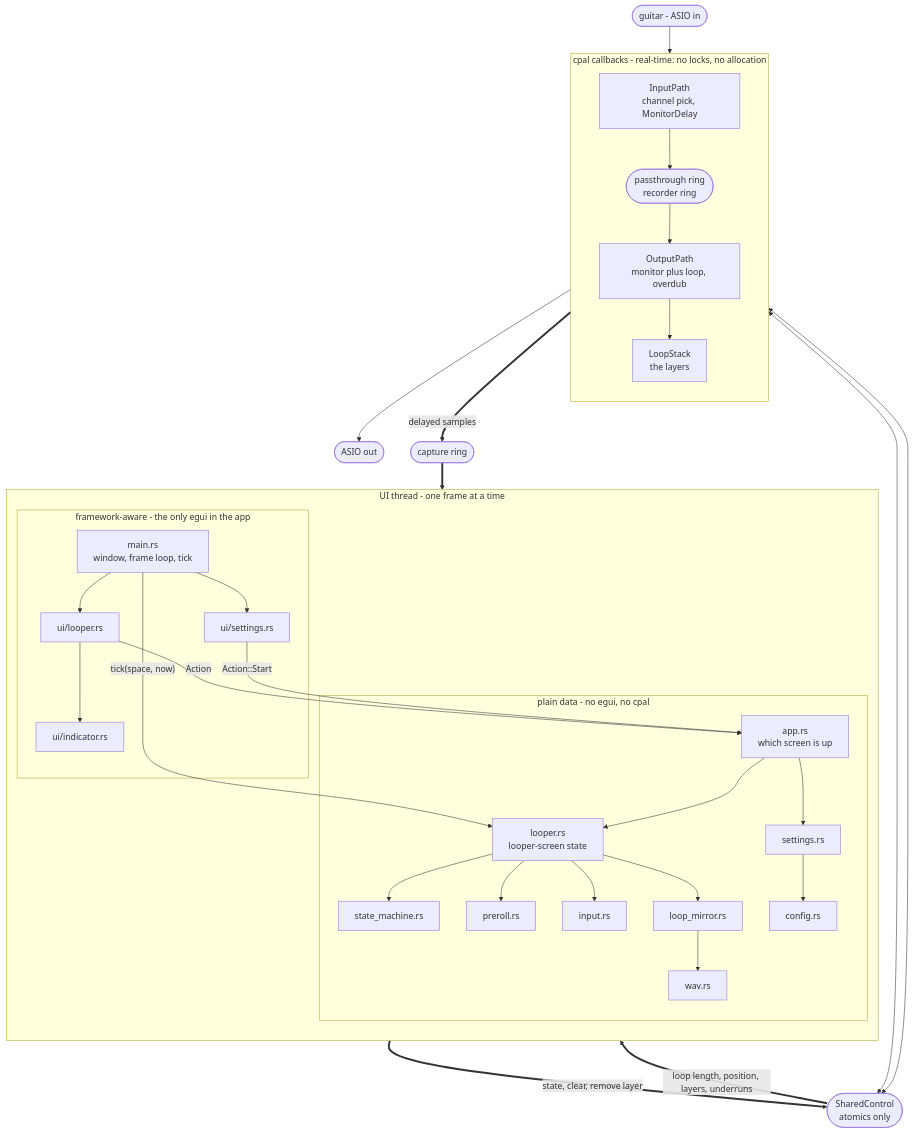
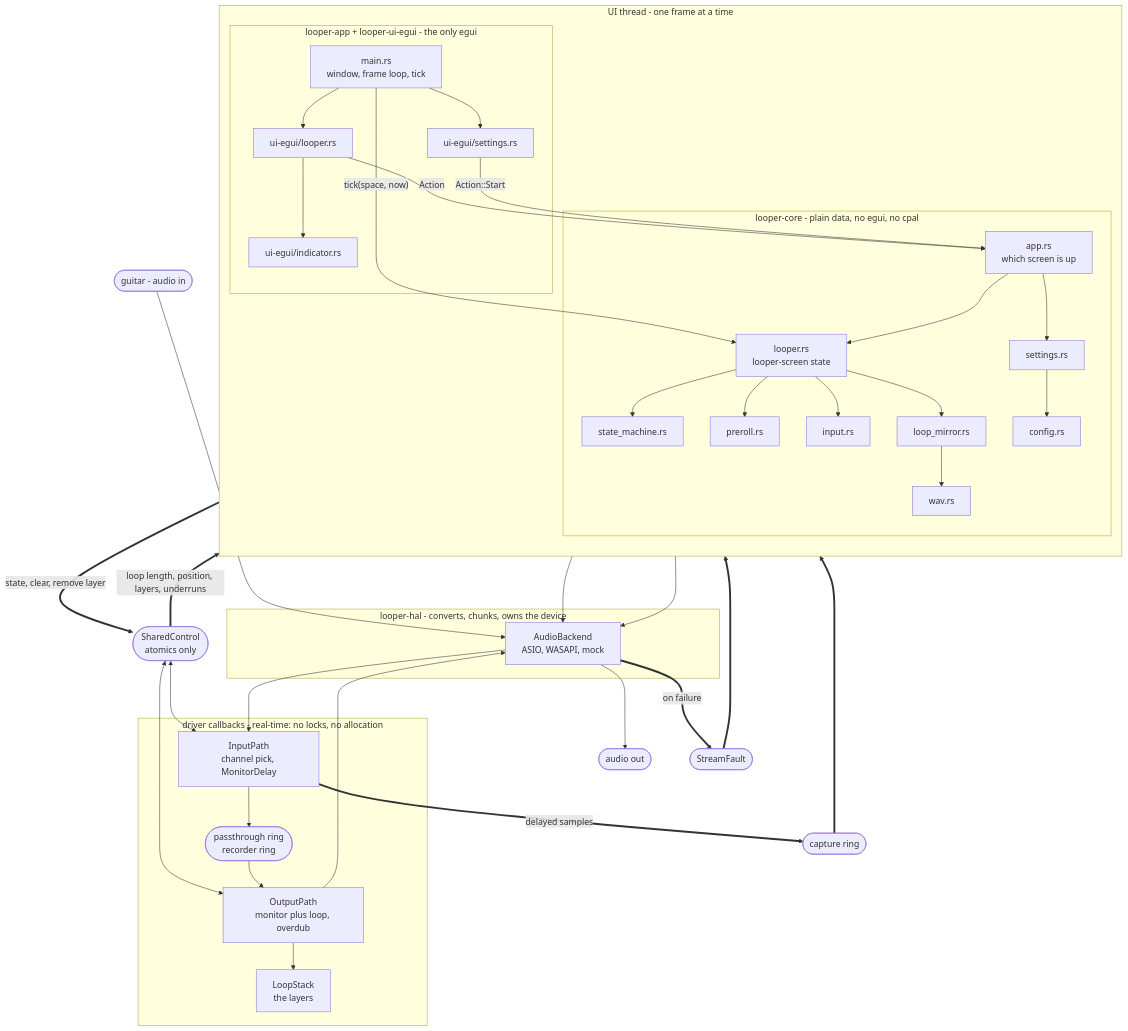
The second of 2 diagrams in README.md (domstrueboy/looper-pedal), drawn with Mermaid before and after one commit. The commit also changed other lines of this file and 2 other files, not shown here.

````diff
--- a/README.md
+++ b/README.md
@@ -58,65 +142,75 @@
 ```mermaid
 flowchart TB
-    GUITAR(["guitar - ASIO in"])
-    SPEAKERS(["ASIO out"])
+    GUITAR(["guitar - audio in"])
+    SPEAKERS(["audio out"])
 
-    subgraph UI["UI thread - one frame at a time"]
+    subgraph UITHREAD["UI thread - one frame at a time"]
         direction TB
-        subgraph FW["framework-aware - the only egui in the app"]
+        subgraph FW["looper-app + looper-ui-egui - the only egui"]
             MAIN["main.rs<br/>window, frame loop, tick"]
-            UIL["ui/looper.rs"]
-            UIS["ui/settings.rs"]
-            UII["ui/indicator.rs"]
+            UIL["ui-egui/looper.rs"]
+            UIS["ui-egui/settings.rs"]
+            UII["ui-egui/indicator.rs"]
         end
-        subgraph MODEL["plain data - no egui, no cpal"]
+        subgraph MODEL["looper-core - plain data, no egui, no cpal"]
             APP["app.rs<br/>which screen is up"]
             LOOPER["looper.rs<br/>looper-screen state"]
             SET["settings.rs"]
             SM["state_machine.rs"]
             PR["preroll.rs"]
             INPUT["input.rs"]
             MIRROR["loop_mirror.rs"]
             CFG["config.rs"]
             WAV["wav.rs"]
         end
     end
 
     SHARED(["SharedControl<br/>atomics only"])
     CAPTURE(["capture ring"])
+    FAULT(["StreamFault"])
 
-    subgraph AUDIO["cpal callbacks - real-time: no locks, no allocation"]
-        direction TB
+    subgraph AUDIO["driver callbacks - real-time: no locks, no allocation"]
         INPATH["InputPath<br/>channel pick, MonitorDelay"]
         BRIDGE(["passthrough ring<br/>recorder ring"])
         OUTPATH["OutputPath<br/>monitor plus loop, overdub"]
         STACK["LoopStack<br/>the layers"]
+    end
+
+    subgraph HAL["looper-hal - converts, chunks, owns the device"]
+        BACKEND["AudioBackend<br/>ASIO, WASAPI, mock"]
     end
 
     MAIN --> UIL
     MAIN --> UIS
     MAIN -->|"tick(space, now)"| LOOPER
     UIL --> UII
     UIL -->|"Action"| APP
     UIS -->|"Action::Start"| APP
     APP --> LOOPER
     APP --> SET
     LOOPER --> SM
     LOOPER --> PR
     LOOPER --> INPUT
     LOOPER --> MIRROR
     SET --> CFG
     MIRROR --> WAV
+    APP --> BACKEND
+    SET --> BACKEND
 
     LOOPER ==>|"state, clear, remove layer"| SHARED
     SHARED ==>|"loop length, position, layers, underruns"| LOOPER
     SHARED <--> INPATH
     SHARED <--> OUTPATH
 
-    GUITAR --> INPATH
+    GUITAR --> BACKEND
+    BACKEND --> INPATH
     INPATH --> BRIDGE
     BRIDGE --> OUTPATH
     OUTPATH --> STACK
-    OUTPATH --> SPEAKERS
+    OUTPATH --> BACKEND
+    BACKEND --> SPEAKERS
+    BACKEND ==>|"on failure"| FAULT
+    FAULT ==> LOOPER
     INPATH ==>|"delayed samples"| CAPTURE
     CAPTURE ==> MIRROR
 ```
````
